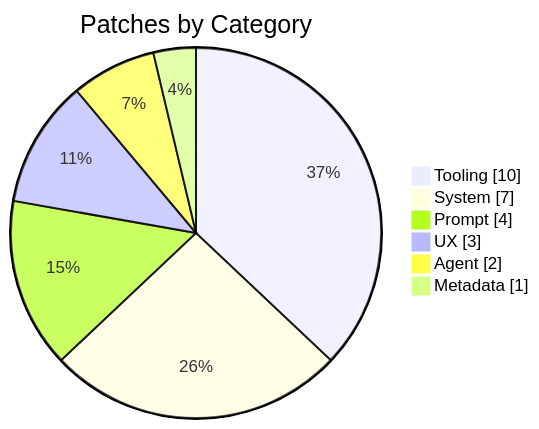
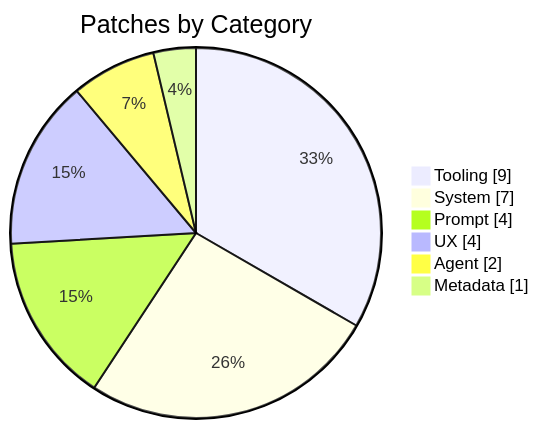
Before and after one commit to camjac251/cc-enhanced: the third of 3 diagrams in README.md, drawn with Mermaid. The commit also changed other lines of this file and 5 other files, not shown here.

````diff
--- a/README.md
+++ b/README.md
@@ -149,9 +150,9 @@
 ```mermaid
 pie showData title Patches by Category
-    "Tooling" : 10
+    "Tooling" : 9
     "System" : 7
     "Prompt" : 4
-    "UX" : 3
+    "UX" : 4
     "Agent" : 2
     "Metadata" : 1
 ```
````
